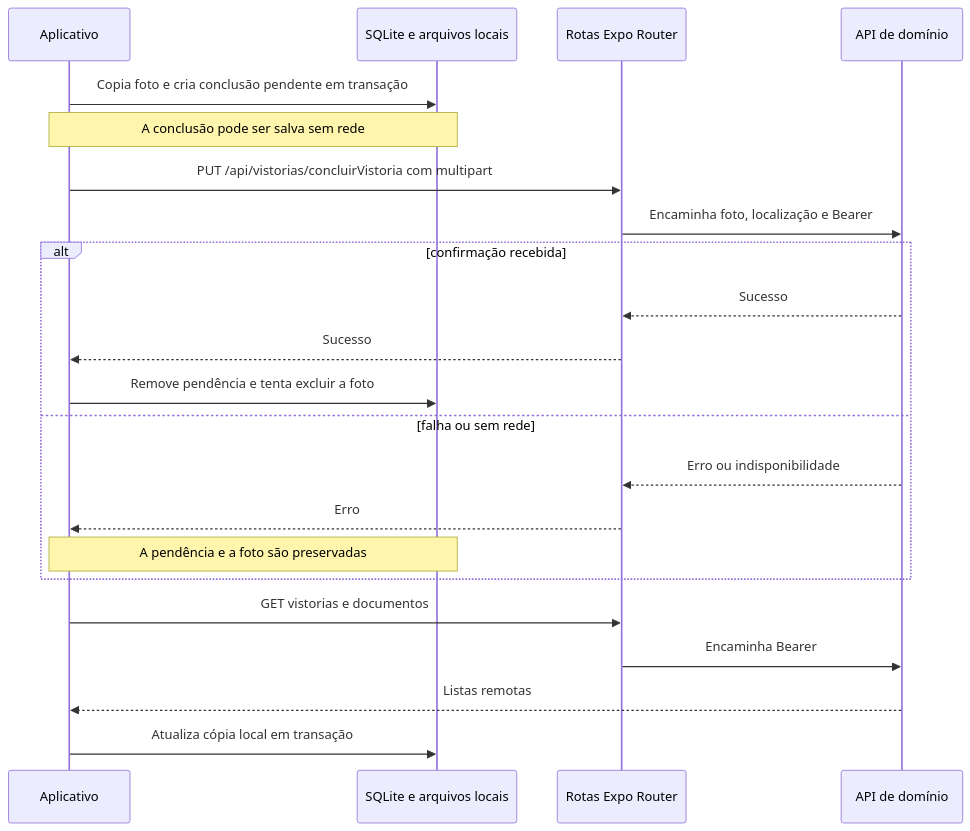
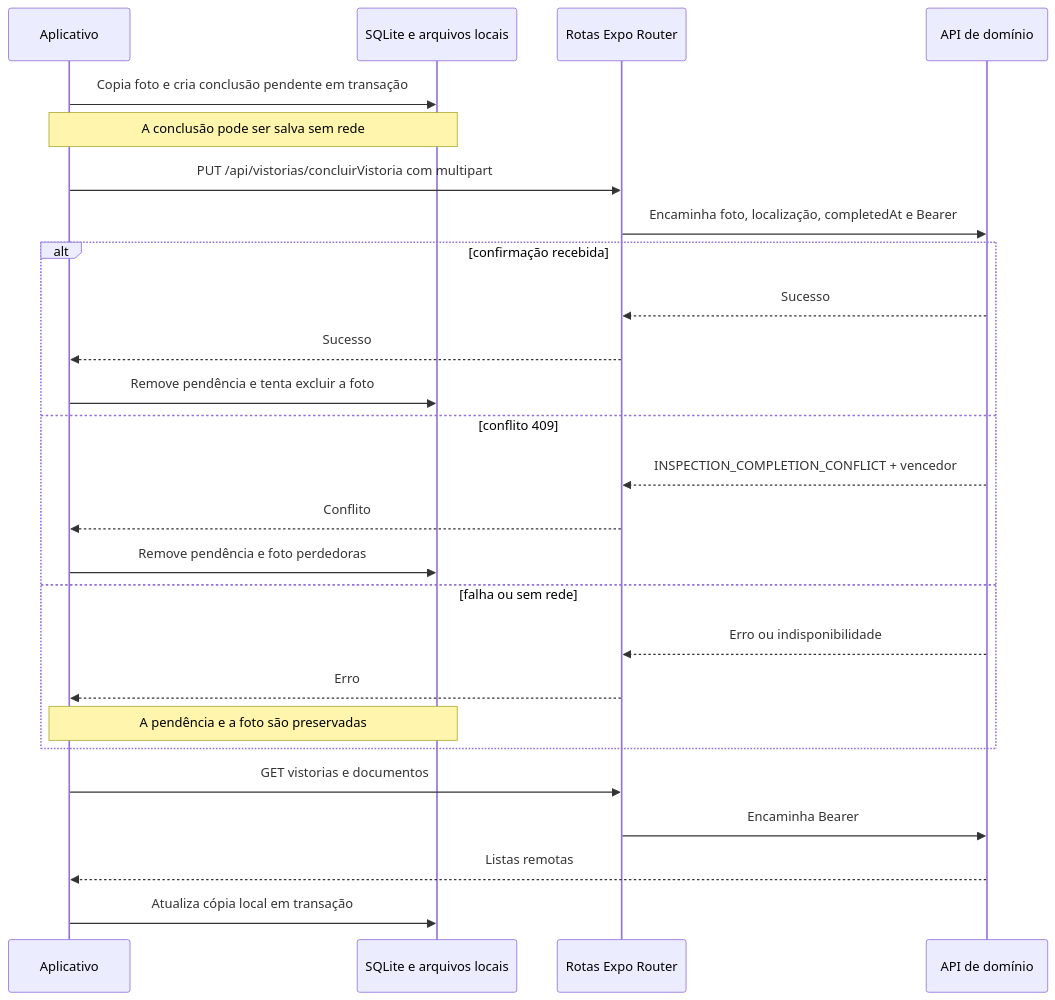
One commit to JoaoGW/Servico-Vistoria changed the third of 4 diagrams in vistoria-mobile/docs/ARQUITETURA.md. Above: the diagram before and after it, drawn with Mermaid. The commit also changed other lines of this file and 22 other files, not shown here.

````diff
--- a/vistoria-mobile/docs/ARQUITETURA.md
+++ b/vistoria-mobile/docs/ARQUITETURA.md
@@ -120,25 +122,29 @@
 ```mermaid
 sequenceDiagram
     participant App as Aplicativo
     participant Local as SQLite e arquivos locais
     participant BFF as Rotas Expo Router
     participant API as API de domínio
 
     App->>Local: Copia foto e cria conclusão pendente em transação
     Note over App,Local: A conclusão pode ser salva sem rede
     App->>BFF: PUT /api/vistorias/concluirVistoria com multipart
-    BFF->>API: Encaminha foto, localização e Bearer
+    BFF->>API: Encaminha foto, localização, completedAt e Bearer
     alt confirmação recebida
         API-->>BFF: Sucesso
         BFF-->>App: Sucesso
         App->>Local: Remove pendência e tenta excluir a foto
+    else conflito 409
+        API-->>BFF: INSPECTION_COMPLETION_CONFLICT + vencedor
+        BFF-->>App: Conflito
+        App->>Local: Remove pendência e foto perdedoras
     else falha ou sem rede
         API-->>BFF: Erro ou indisponibilidade
         BFF-->>App: Erro
         Note over App,Local: A pendência e a foto são preservadas
     end
     App->>BFF: GET vistorias e documentos
     BFF->>API: Encaminha Bearer
     API-->>App: Listas remotas
     App->>Local: Atualiza cópia local em transação
 ```
````
